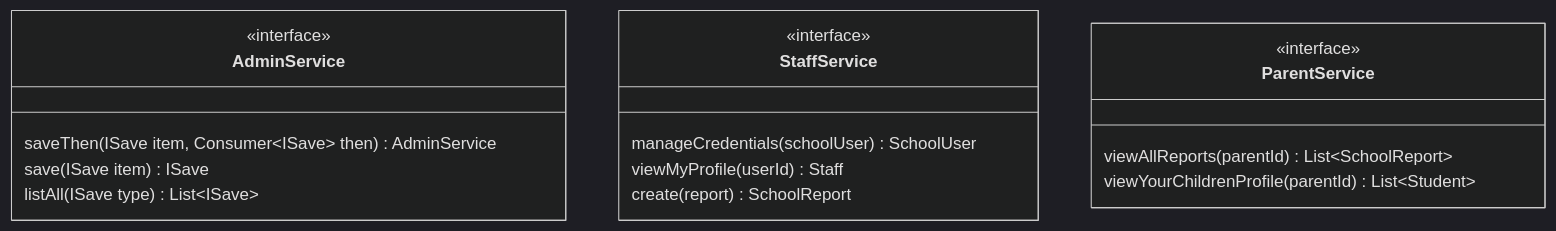
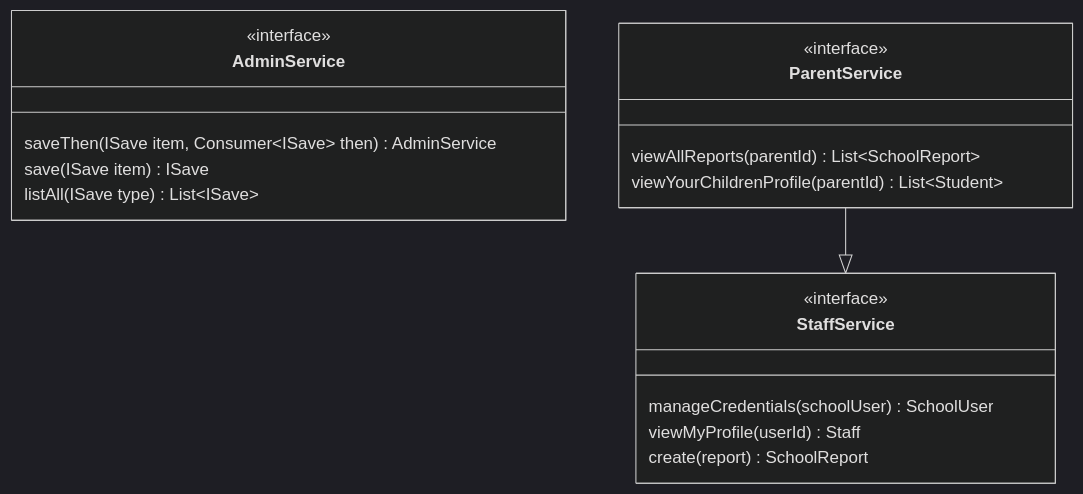
One commit to gondaimgano/harriston-spring-multi-module-project changed the second of 2 diagrams in README.md. Above: the diagram before and after it, drawn with Mermaid (dark theme).

````diff
--- a/README.md
+++ b/README.md
@@ -27,19 +27,21 @@
 ```mermaid
 classDiagram
 class AdminService
 <<interface>> AdminService
 AdminService : saveThen(ISave item, Consumer~ISave~ then) AdminService
 AdminService : save(ISave item) ISave
 AdminService : listAll(ISave type) List~ISave~
 
 class StaffService
 <<interface>> StaffService
 StaffService : manageCredentials(schoolUser) SchoolUser
 StaffService : viewMyProfile(userId) Staff
 StaffService : create(report) SchoolReport
 
 class ParentService
 <<interface>> ParentService
 ParentService : viewAllReports(parentId) List~SchoolReport~
 ParentService : viewYourChildrenProfile(parentId) List~Student~
+
+ParentService --|> StaffService
 ```
````
